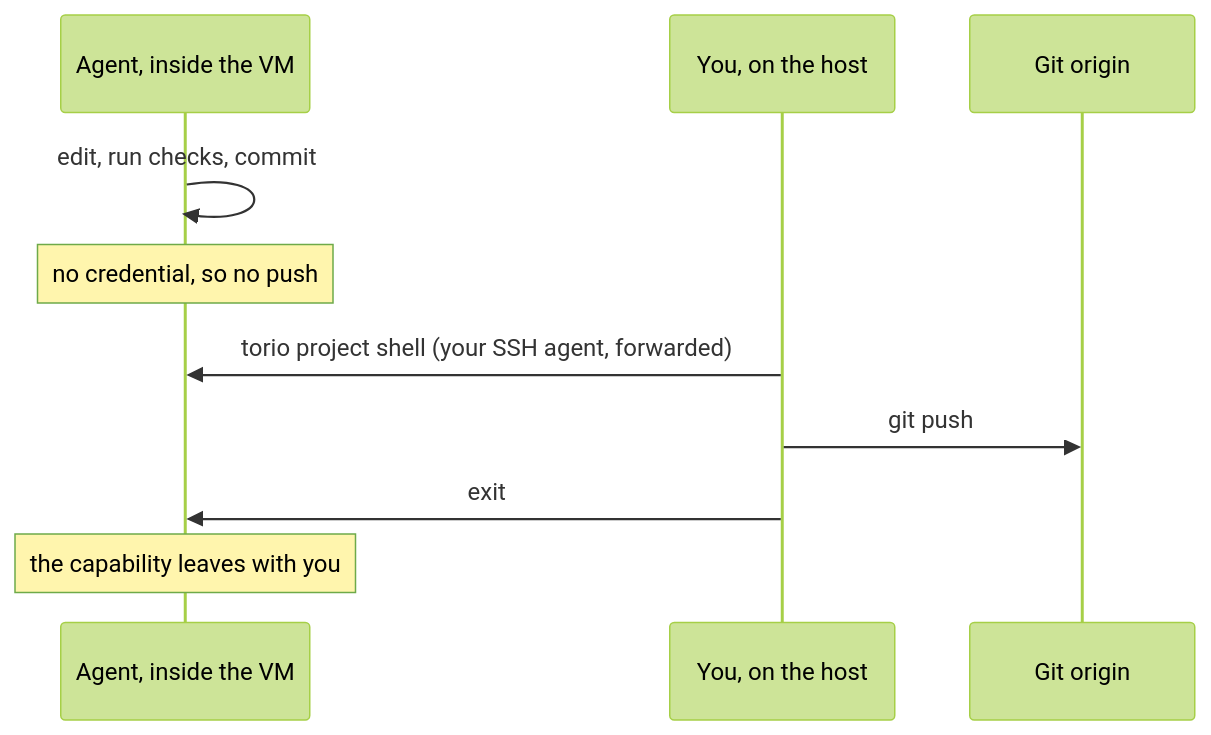
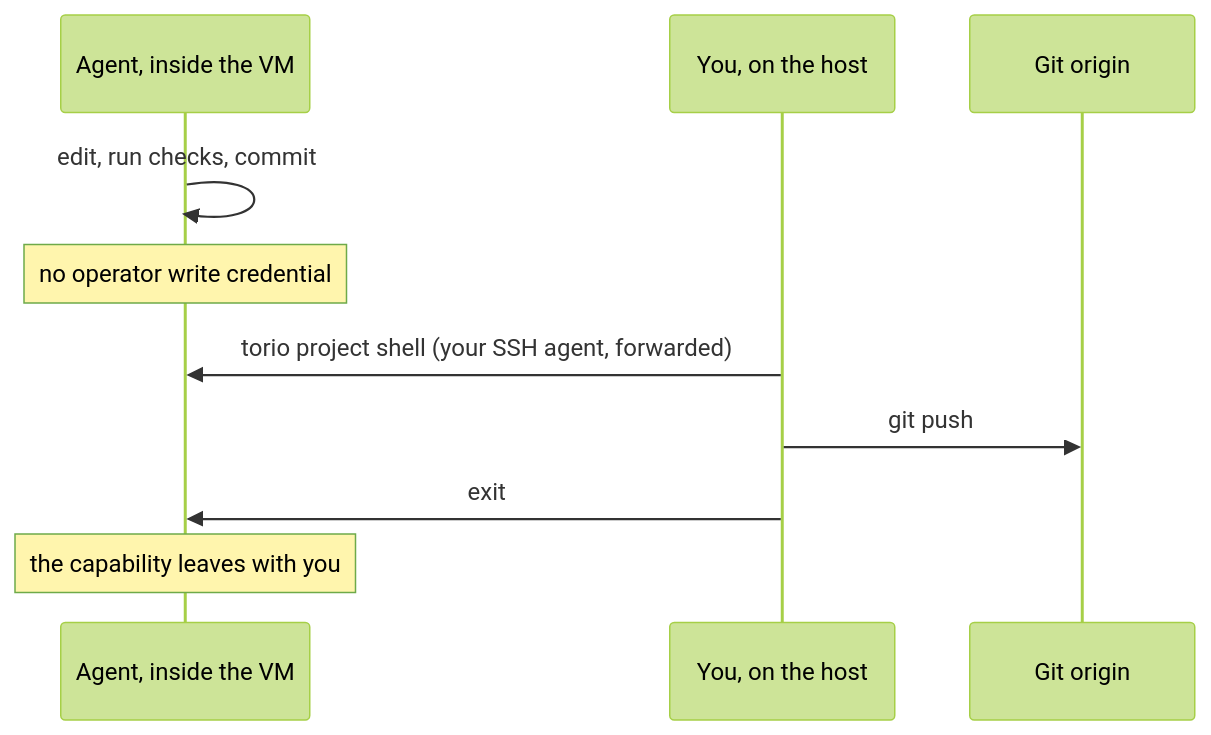
One commit to wzslr321/torio changed the diagram in README.md. Above: the diagram before and after it, drawn with Mermaid (forest theme). The commit also changed other lines of this file and 63 other files, not shown here.

````diff
--- a/README.md
+++ b/README.md
@@ -48,13 +41,13 @@
 ```mermaid
 sequenceDiagram
     participant Agent as Agent, inside the VM
     participant You as You, on the host
     participant Origin as Git origin
 
     Agent->>Agent: edit, run checks, commit
-    Note over Agent: no credential, so no push
+    Note over Agent: no operator write credential
     You->>Agent: torio project shell (your SSH agent, forwarded)
     You->>Origin: git push
     You->>Agent: exit
     Note over Agent: the capability leaves with you
 ```
````
